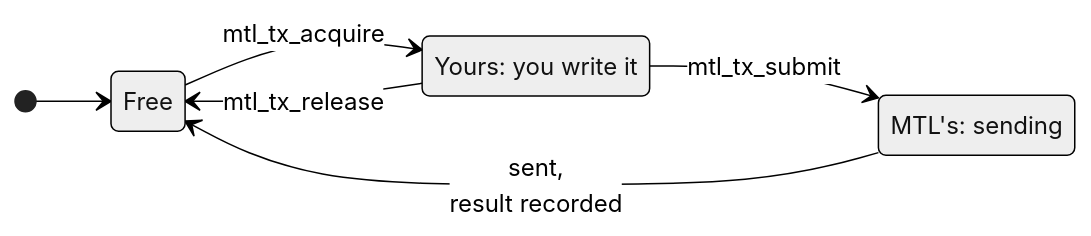
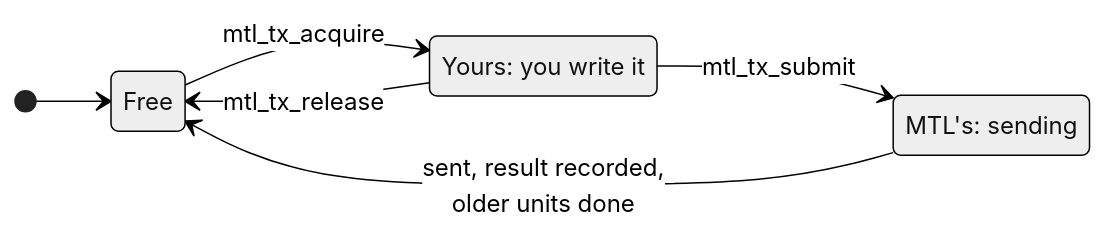
The fifth of 15 diagrams in doc/unified-api/contract.md (OpenVisualCloud/Media-Transport-Library), drawn with Mermaid (neutral theme) before and after one commit. The commit also changed other lines of this file and 58 other files, not shown here.

````diff
--- a/doc/unified-api/contract.md
+++ b/doc/unified-api/contract.md
@@ -1332,12 +1466,12 @@
 ```mermaid
 stateDiagram-v2
     direction LR
     state "Free" as F
     state "Yours: you write it" as Y
     state "MTL's: sending" as M
     [*] --> F
     F --> Y: mtl_tx_acquire
     Y --> M: mtl_tx_submit
-    M --> F: sent,<br/>result recorded
+    M --> F: sent, result recorded,<br/>older units done
     Y --> F: mtl_tx_release
 ```
````
